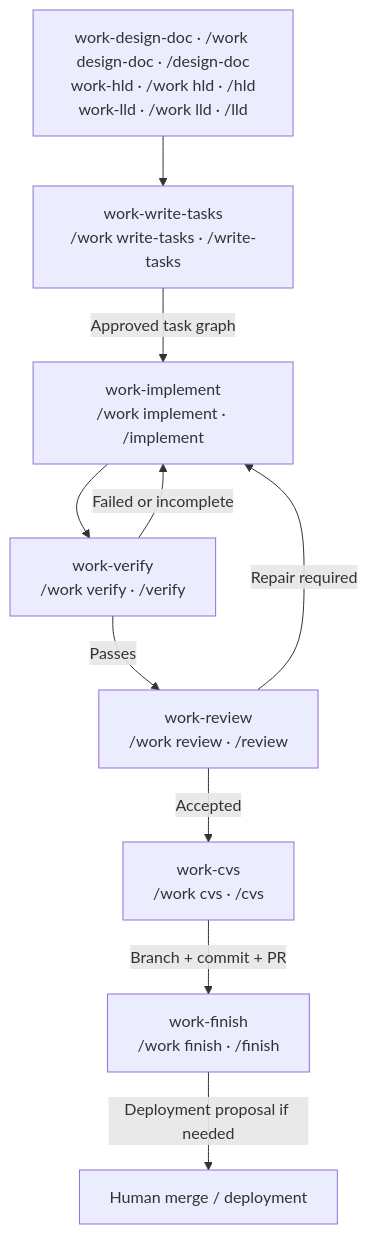
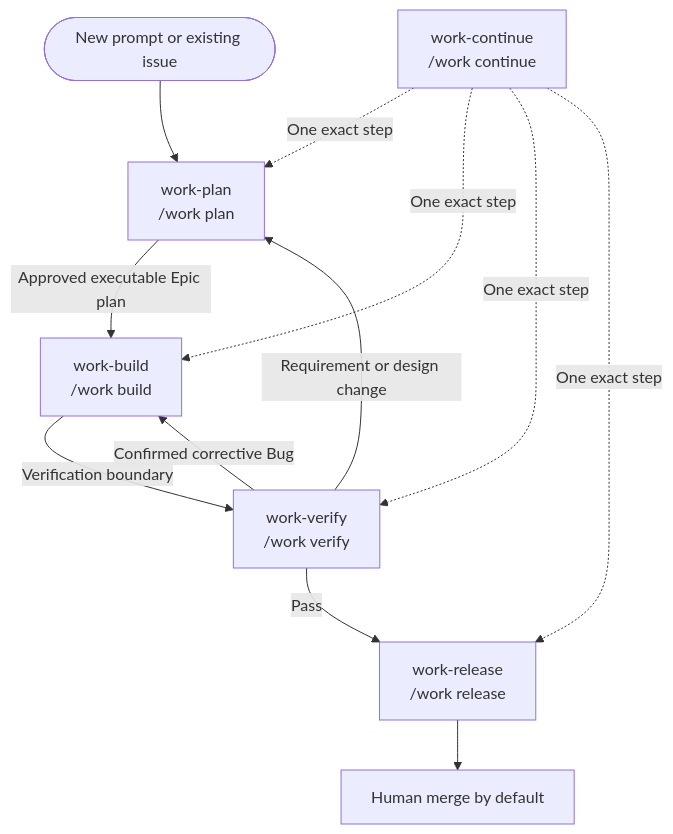
Before and after one commit to dragoscirjan/harnessctl-v2: the second of 3 diagrams in FLOWS.md, drawn with Mermaid. The commit also changed other lines of this file and 95 other files, not shown here.

Commit message:
feat: simplify SDLC to five Epic-first commands

````diff
--- a/FLOWS.md
+++ b/FLOWS.md
@@ -179,14 +50,16 @@
 ```mermaid
 flowchart TD
-    accTitle: Intended delivery path
-    accDescr: Approved designs lead to Tasks and implementation, followed by verification and review repair loops, version-control delivery, and human merge or deployment.
-    design["work-design-doc · /work design-doc · /design-doc<br/>work-hld · /work hld · /hld<br/>work-lld · /work lld · /lld"] --> tasks["work-write-tasks<br/>/work write-tasks · /write-tasks"]
-    tasks -->|Approved task graph| implement["work-implement<br/>/work implement · /implement"]
-    implement --> verify["work-verify<br/>/work verify · /verify"]
-    verify -->|Failed or incomplete| implement
-    verify -->|Passes| review["work-review<br/>/work review · /review"]
-    review -->|Repair required| implement
-    review -->|Accepted| cvs["work-cvs<br/>/work cvs · /cvs"]
-    cvs -->|Branch + commit + PR| finish["work-finish<br/>/work finish · /finish"]
-    finish -->|Deployment proposal if needed| human[Human merge / deployment]
+    accTitle: Epic-first five-command lifecycle
+    accDescr: Plan creates or resolves one Epic and obtains plan approval, Build performs bounded work, Verify sends confirmed defects back to Build or passes to Release, and Continue resumes one exact step without crossing phases.
+    request([New prompt or existing issue]) --> plan["work-plan<br/>/work plan"]
+    plan -->|Approved executable Epic plan| build["work-build<br/>/work build"]
+    build -->|Verification boundary| verify["work-verify<br/>/work verify"]
+    verify -->|Confirmed corrective Bug| build
+    verify -->|Requirement or design change| plan
+    verify -->|Pass| release["work-release<br/>/work release"]
+    release --> human[Human merge by default]
+    continueWork["work-continue<br/>/work continue"] -. "One exact step" .-> plan
+    continueWork -. "One exact step" .-> build
+    continueWork -. "One exact step" .-> verify
+    continueWork -. "One exact step" .-> release
 ```
````
